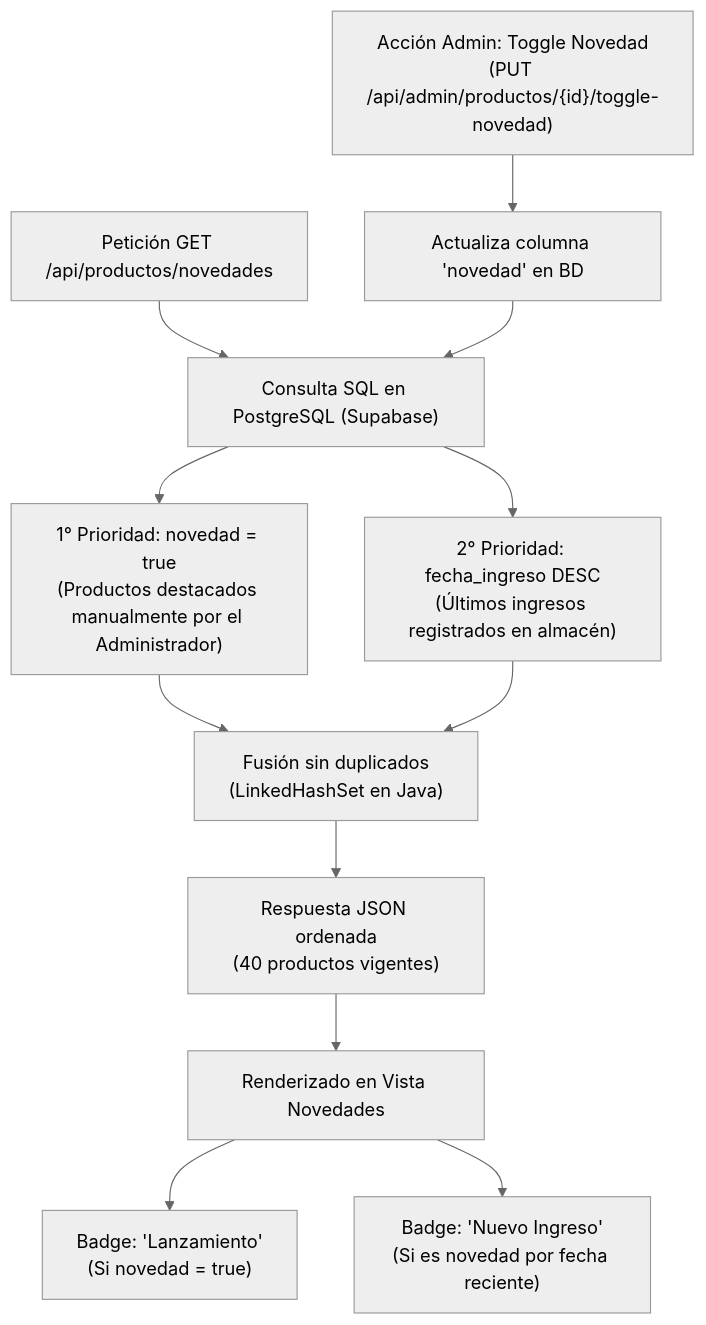
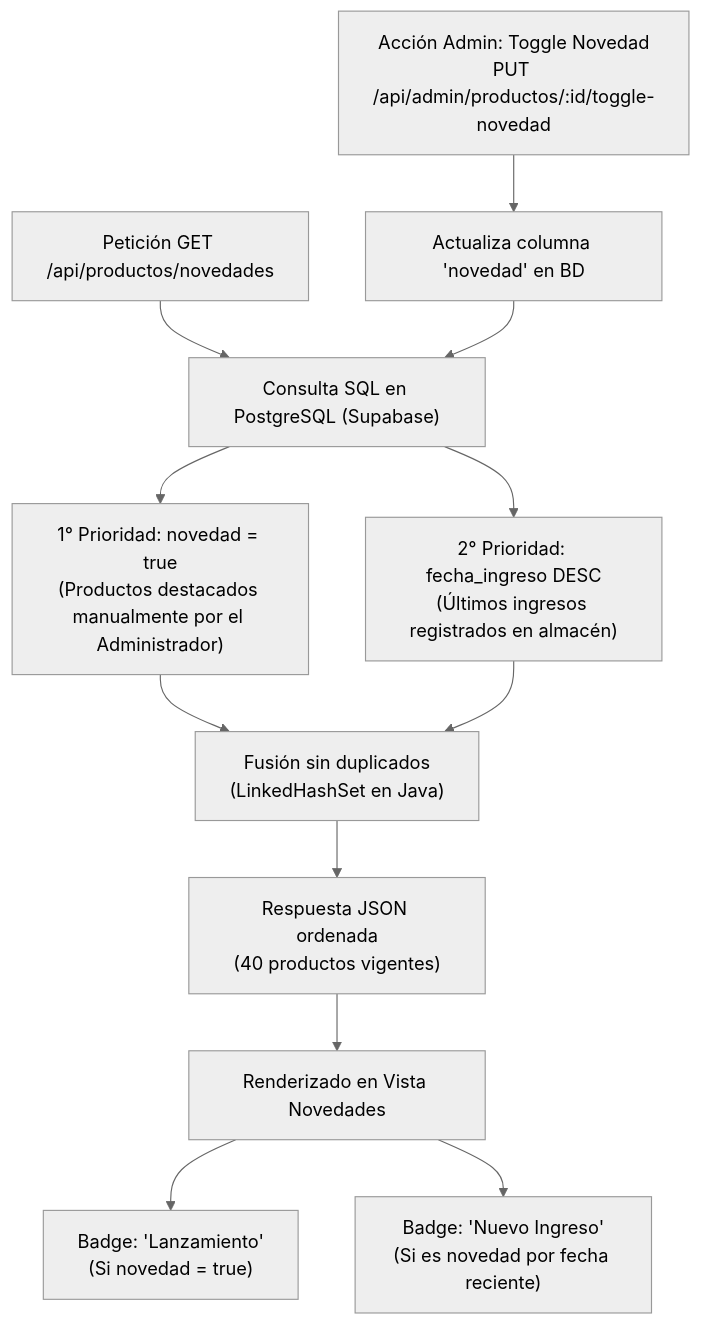
One commit to MrCarlos17A/TechZone changed the third of 6 diagrams in README.md. Above: the diagram before and after it, drawn with Mermaid (neutral theme). The commit also changed other lines of this file, not shown here.

````diff
--- a/README.md
+++ b/README.md
@@ -175,19 +175,19 @@
 ```mermaid
 flowchart TD
     START["Petición GET /api/productos/novedades"] --> QUERY["Consulta SQL en PostgreSQL (Supabase)"]
     
     QUERY --> COND1["1° Prioridad: novedad = true<br/>(Productos destacados manualmente por el Administrador)"]
     QUERY --> COND2["2° Prioridad: fecha_ingreso DESC<br/>(Últimos ingresos registrados en almacén)"]
     
     COND1 --> MERGE["Fusión sin duplicados<br/>(LinkedHashSet en Java)"]
     COND2 --> MERGE
     
     MERGE --> JSON["Respuesta JSON ordenada<br/>(40 productos vigentes)"]
     JSON --> UI["Renderizado en Vista Novedades"]
     
     UI --> B1["Badge: 'Lanzamiento'<br/>(Si novedad = true)"]
     UI --> B2["Badge: 'Nuevo Ingreso'<br/>(Si es novedad por fecha reciente)"]
     
-    ADMIN["Acción Admin: Toggle Novedad<br/>(PUT /api/admin/productos/{id}/toggle-novedad)"] --> BD_UPDATE["Actualiza columna 'novedad' en BD"]
+    ADMIN["Acción Admin: Toggle Novedad<br/>PUT /api/admin/productos/:id/toggle-novedad"] --> BD_UPDATE["Actualiza columna 'novedad' en BD"]
     BD_UPDATE --> QUERY
 ```
````
